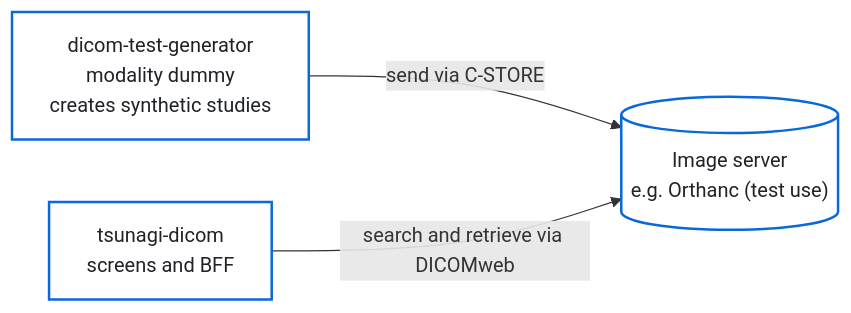
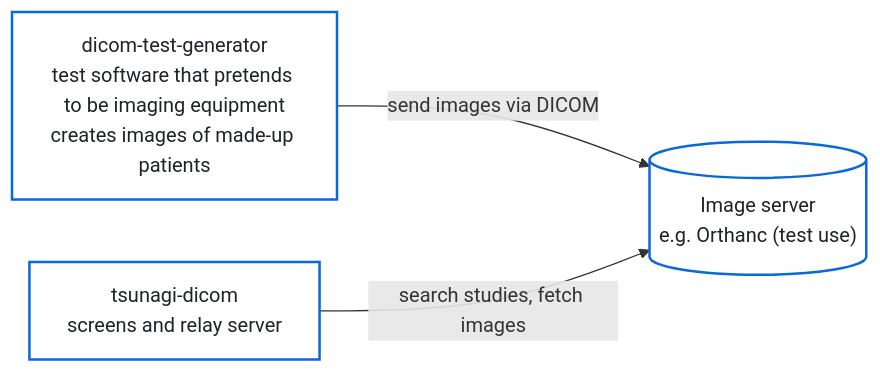
One commit to jeysunit/tsunagi-dicom changed the third of 3 diagrams in README.en.md. Above: the diagram before and after it, drawn with Mermaid. The commit also changed other lines of this file and 1 other file, not shown here.

First line of the commit message:
docs: README の専門語・内輪の語を外の人に分かる言葉にし、図の関係を書く

````diff
--- a/README.en.md
+++ b/README.en.md
@@ -66,11 +72,11 @@
 ```mermaid
 flowchart LR
   classDef box fill:#ffffff,stroke:#0969da,stroke-width:2px,color:#1f2328
 
-  DTG["dicom-test-generator<br/>modality dummy<br/>creates synthetic studies"]:::box
+  DTG["dicom-test-generator<br/>test software that pretends to be imaging equipment<br/>creates images of made-up patients"]:::box
   PACS[("Image server<br/>e.g. Orthanc (test use)")]:::box
-  TD["tsunagi-dicom<br/>screens and BFF"]:::box
+  TD["tsunagi-dicom<br/>screens and relay server"]:::box
 
-  DTG -->|"send via C-STORE"| PACS
-  TD -->|"search and retrieve via DICOMweb"| PACS
+  DTG -->|"send images via DICOM"| PACS
+  TD -->|"search studies, fetch images"| PACS
 ```
````
